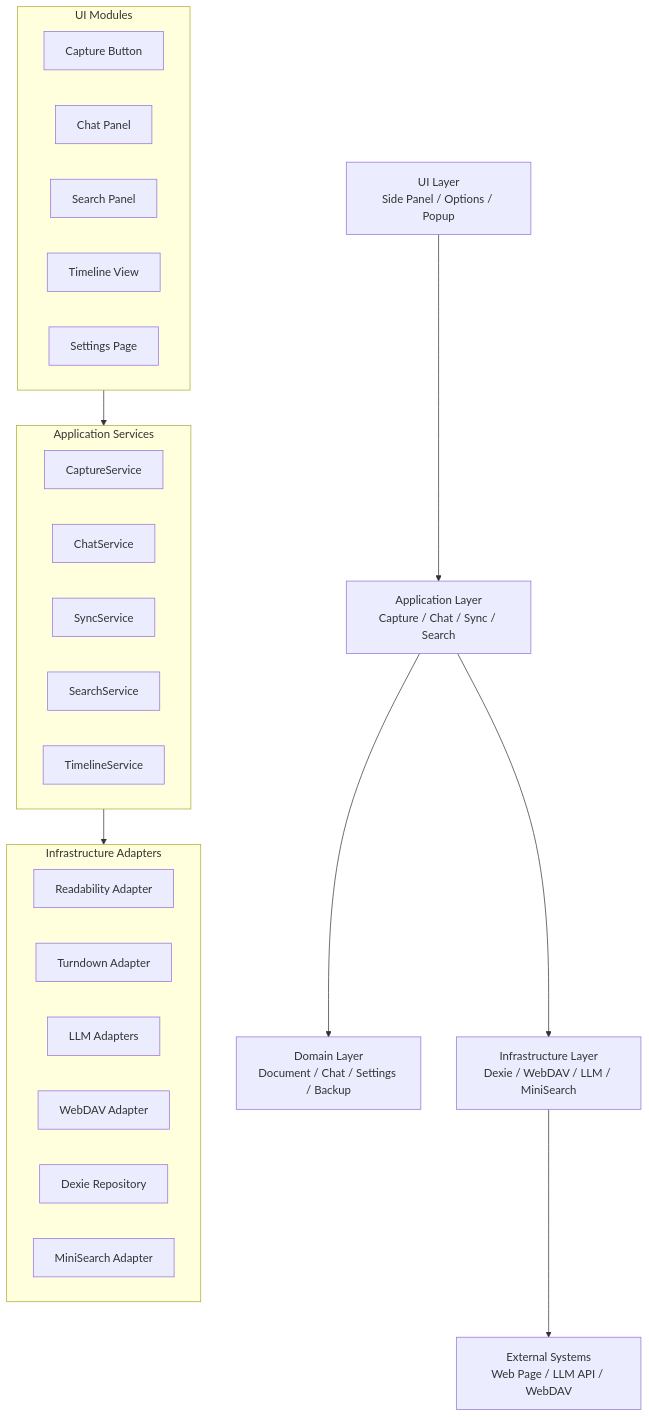
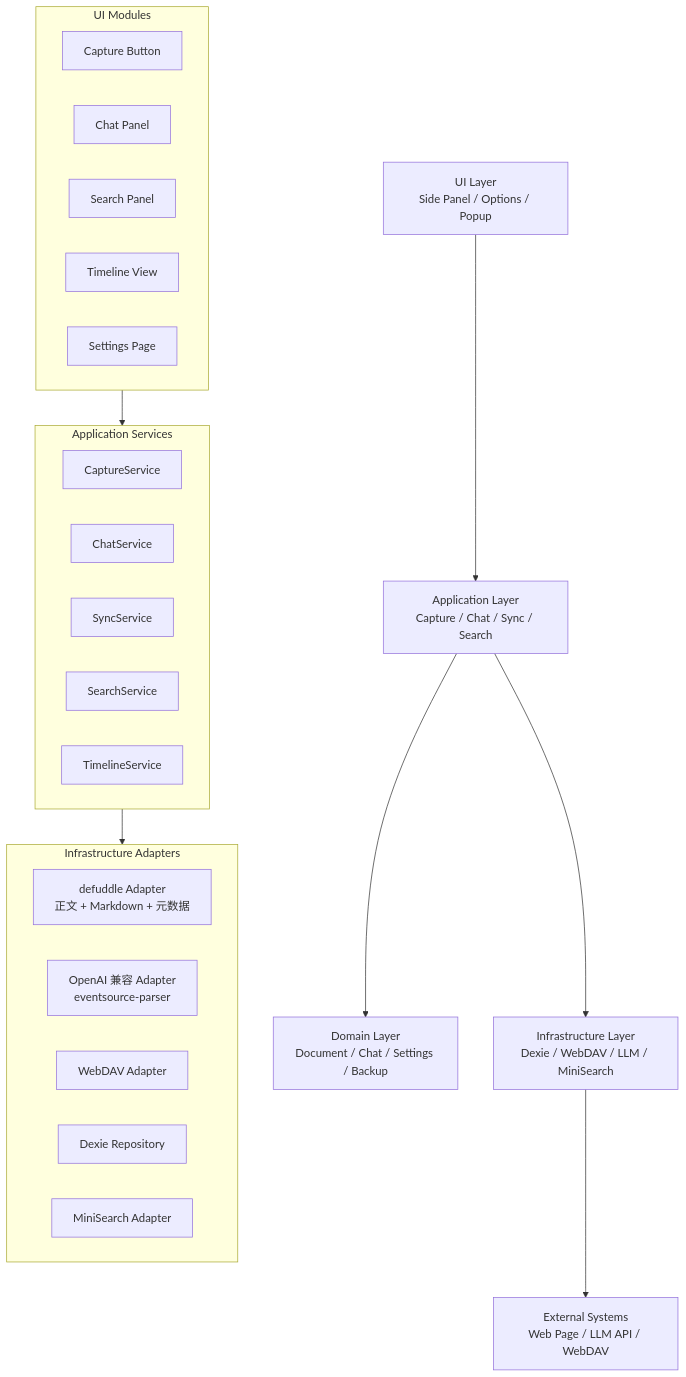
Diagram 12 of 14 in doc/detail.md (qqlcx5/ai-reader), drawn with Mermaid before and after one commit. The commit also changed other lines of this file and 10 other files, not shown here.

````diff
--- a/doc/detail.md
+++ b/doc/detail.md
@@ -558,41 +573,40 @@
 ```mermaid
 flowchart TB
   UI[UI Layer<br/>Side Panel / Options / Popup]
   App[Application Layer<br/>Capture / Chat / Sync / Search]
   Domain[Domain Layer<br/>Document / Chat / Settings / Backup]
   Infra[Infrastructure Layer<br/>Dexie / WebDAV / LLM / MiniSearch]
   External[External Systems<br/>Web Page / LLM API / WebDAV]
 
   UI --> App
   App --> Domain
   App --> Infra
   Infra --> External
 
   subgraph UI_Modules[UI Modules]
     CaptureButton[Capture Button]
     ChatPanel[Chat Panel]
     SearchPanel[Search Panel]
     TimelineView[Timeline View]
     SettingsPage[Settings Page]
   end
 
   subgraph App_Modules[Application Services]
     CaptureService[CaptureService]
     ChatService[ChatService]
     SyncService[SyncService]
     SearchService[SearchService]
     TimelineService[TimelineService]
   end
 
   subgraph Infra_Modules[Infrastructure Adapters]
-    ReadabilityAdapter[Readability Adapter]
-    MarkdownAdapter[Turndown Adapter]
-    LLMAdapters[LLM Adapters]
+    defuddleAdapter[defuddle Adapter<br/>正文 + Markdown + 元数据]
+    LLMAdapter[OpenAI 兼容 Adapter<br/>eventsource-parser]
     WebDAVAdapter[WebDAV Adapter]
     DexieRepository[Dexie Repository]
     SearchIndexAdapter[MiniSearch Adapter]
   end
 
   UI_Modules --> App_Modules
   App_Modules --> Infra_Modules
 ```
````
